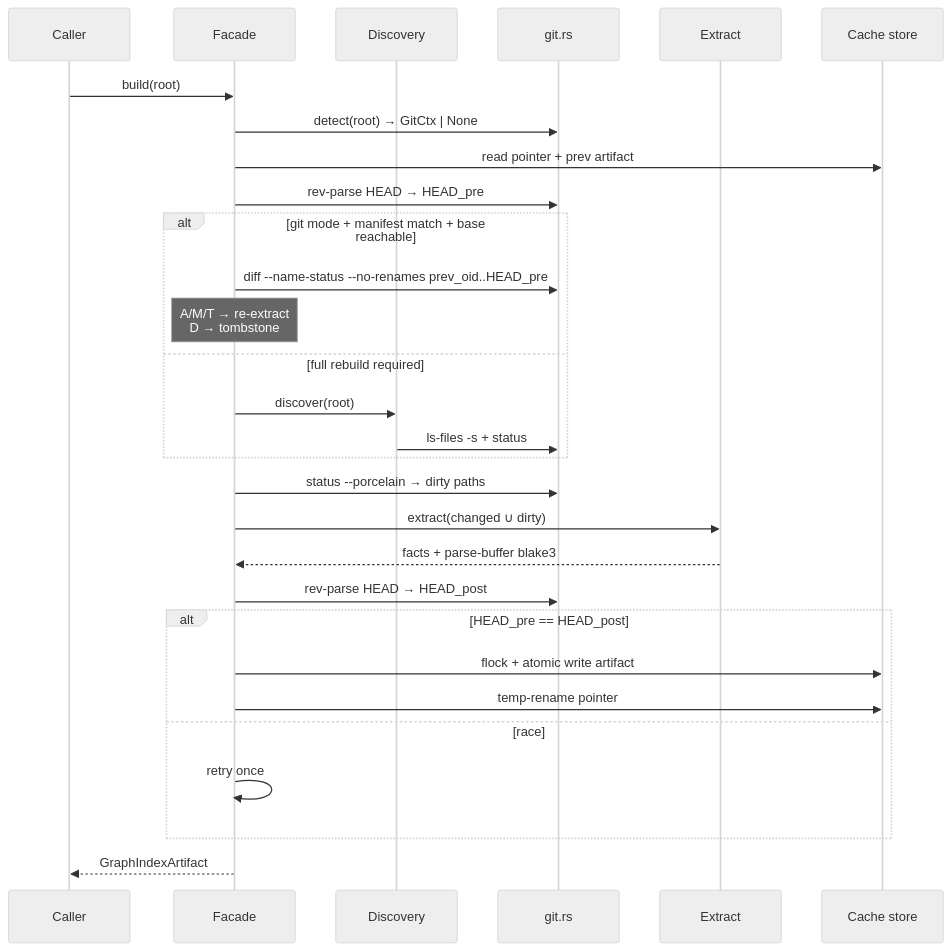
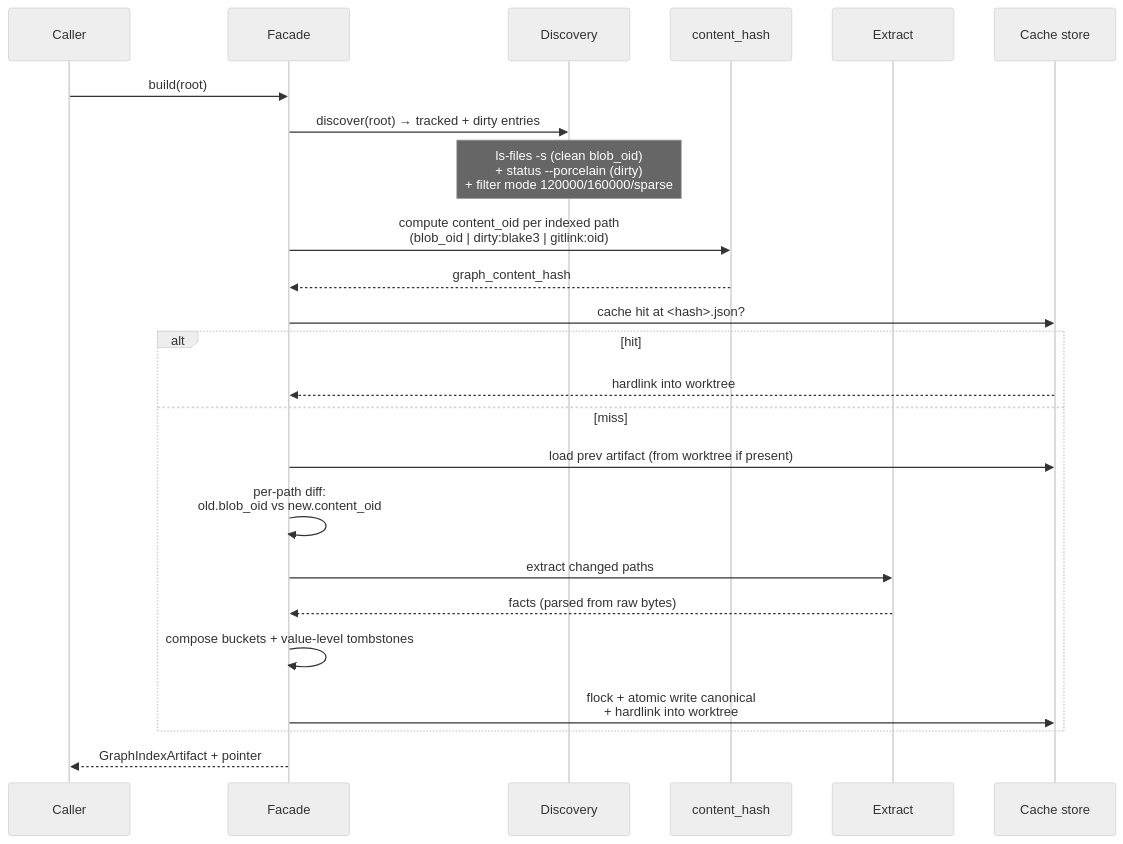
One commit to getspur/spur changed the third of 7 diagrams in docs/architecture/spur-graph-git-invalidation.md. Above: the diagram before and after it, drawn with Mermaid (neutral theme). The commit also changed other lines of this file, not shown here.

````diff
--- a/docs/architecture/spur-graph-git-invalidation.md
+++ b/docs/architecture/spur-graph-git-invalidation.md
@@ -148,35 +156,27 @@
 ```mermaid
 sequenceDiagram
     participant C as Caller
     participant F as Facade
     participant D as Discovery
-    participant G as git.rs
+    participant H as content_hash
     participant X as Extract
     participant S as Cache store
 
     C->>F: build(root)
-    F->>G: detect(root) → GitCtx | None
-    F->>S: read pointer + prev artifact
-    F->>G: rev-parse HEAD → HEAD_pre
-
-    alt git mode + manifest match + base reachable
-        F->>G: diff --name-status --no-renames prev_oid..HEAD_pre
-        Note over F: A/M/T → re-extract<br/>D → tombstone
-    else full rebuild required
-        F->>D: discover(root)
-        D->>G: ls-files -s + status
+    F->>D: discover(root) → tracked + dirty entries
+    Note over D: ls-files -s (clean blob_oid)<br/>+ status --porcelain (dirty)<br/>+ filter mode 120000/160000/sparse
+    F->>H: compute content_oid per indexed path<br/>(blob_oid | dirty:blake3 | gitlink:oid)
+    H-->>F: graph_content_hash
+    F->>S: cache hit at <hash>.json?
+    alt hit
+        S-->>F: hardlink into worktree
+    else miss
+        F->>S: load prev artifact (from worktree if present)
+        F->>F: per-path diff:<br/>old.blob_oid vs new.content_oid
+        F->>X: extract changed paths
+        X-->>F: facts (parsed from raw bytes)
+        F->>F: compose buckets + value-level tombstones
+        F->>S: flock + atomic write canonical<br/>+ hardlink into worktree
     end
-
-    F->>G: status --porcelain → dirty paths
-    F->>X: extract(changed ∪ dirty)
-    X-->>F: facts + parse-buffer blake3
-
-    F->>G: rev-parse HEAD → HEAD_post
-    alt HEAD_pre == HEAD_post
-        F->>S: flock + atomic write artifact
-        F->>S: temp-rename pointer
-    else race
-        F->>F: retry once
-    end
-    F-->>C: GraphIndexArtifact
+    F-->>C: GraphIndexArtifact + pointer
 ```
````
